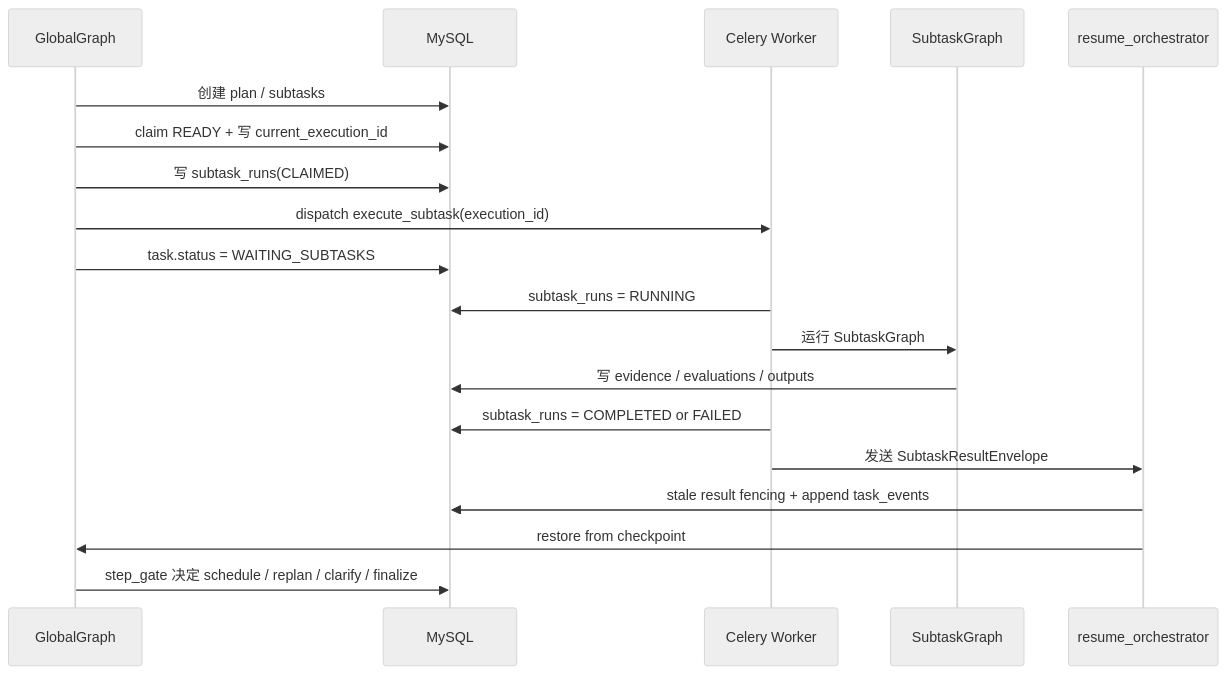
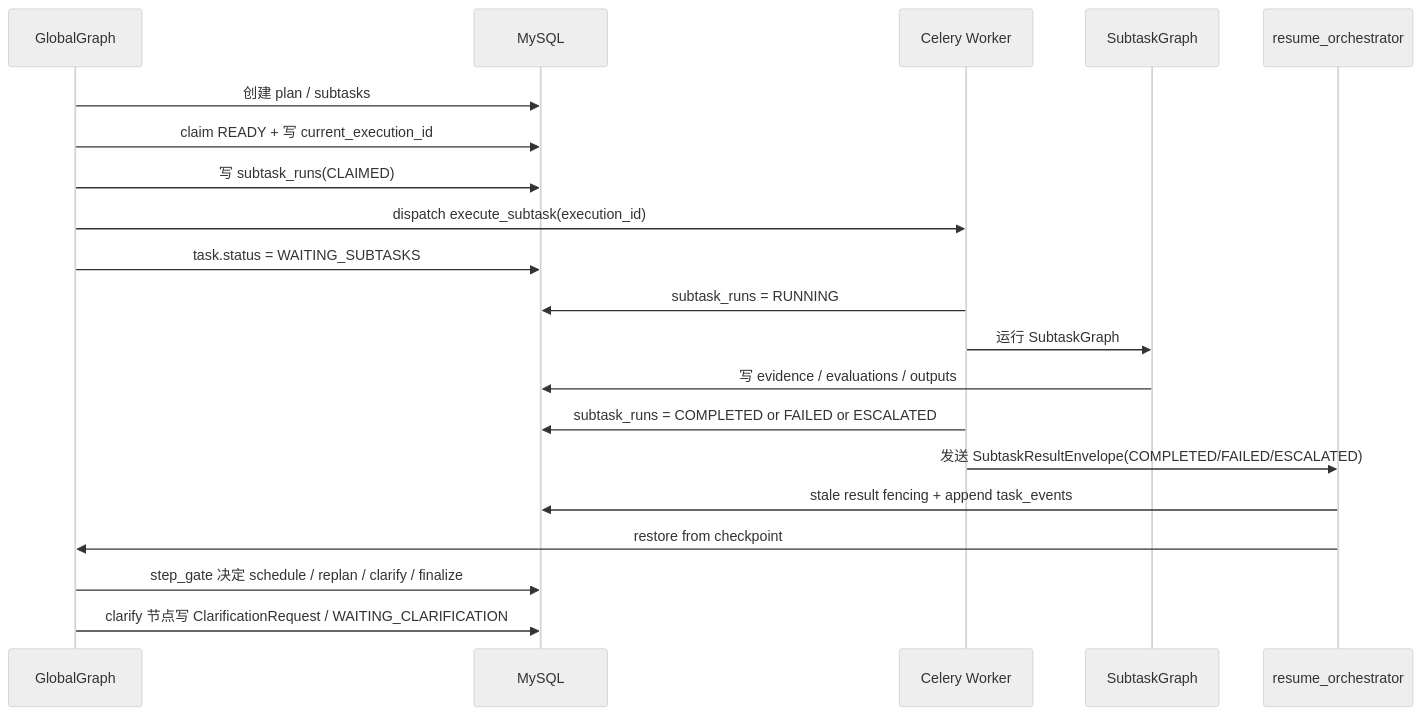
Before and after one commit to kkk935208447/learning_common_lib: the second of 6 diagrams in src/learning_common_lib/案例/用户AgenticRAG检索/技术拆解.md, drawn with Mermaid (neutral theme). The commit also changed other lines of this file and 1 other file, not shown here.

````diff
--- a/src/learning_common_lib/案例/用户AgenticRAG检索/技术拆解.md
+++ b/src/learning_common_lib/案例/用户AgenticRAG检索/技术拆解.md
@@ -107,22 +120,23 @@
 ```mermaid
 sequenceDiagram
     participant GG as GlobalGraph
     participant DB as MySQL
     participant CW as Celery Worker
     participant SG as SubtaskGraph
     participant RO as resume_orchestrator
 
     GG->>DB: 创建 plan / subtasks
     GG->>DB: claim READY + 写 current_execution_id
     GG->>DB: 写 subtask_runs(CLAIMED)
     GG->>CW: dispatch execute_subtask(execution_id)
     GG->>DB: task.status = WAITING_SUBTASKS
     CW->>DB: subtask_runs = RUNNING
     CW->>SG: 运行 SubtaskGraph
     SG->>DB: 写 evidence / evaluations / outputs
-    CW->>DB: subtask_runs = COMPLETED or FAILED
-    CW->>RO: 发送 SubtaskResultEnvelope
+    CW->>DB: subtask_runs = COMPLETED or FAILED or ESCALATED
+    CW->>RO: 发送 SubtaskResultEnvelope(COMPLETED/FAILED/ESCALATED)
     RO->>DB: stale result fencing + append task_events
     RO->>GG: restore from checkpoint
     GG->>DB: step_gate 决定 schedule / replan / clarify / finalize
+    GG->>DB: clarify 节点写 ClarificationRequest / WAITING_CLARIFICATION
 ```
````
